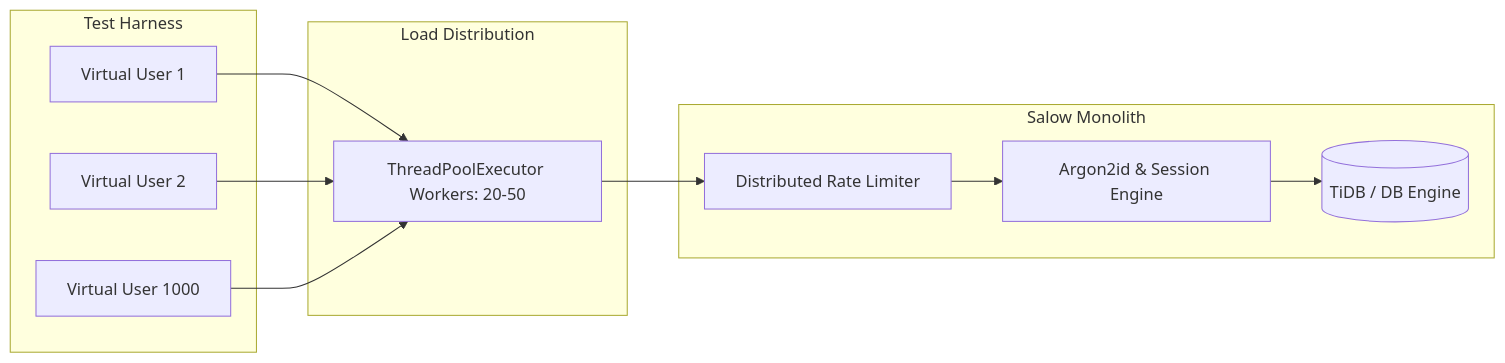
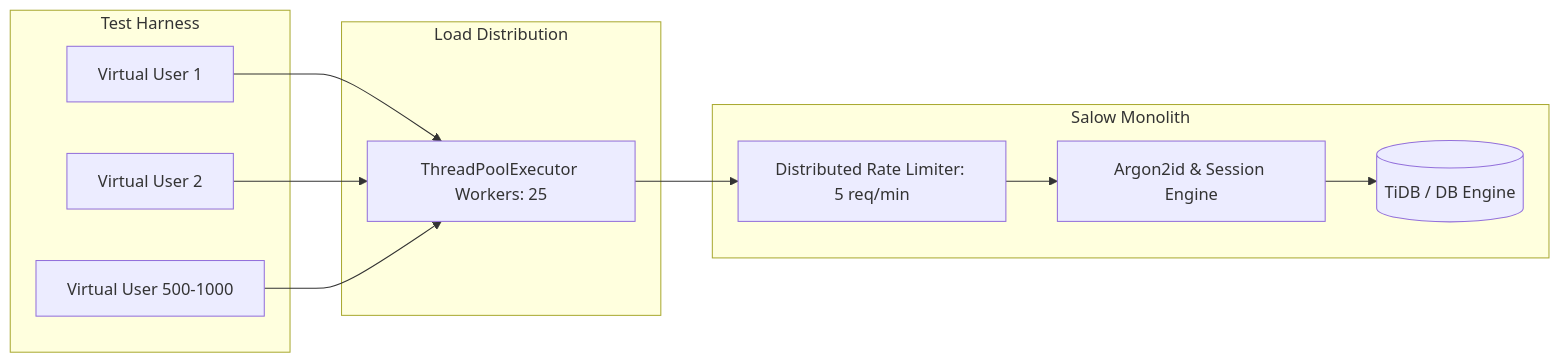
One commit to salowtech-design/workspace changed the diagram in docs/LOAD_TESTING.md. Above: the diagram before and after it, drawn with Mermaid. The commit also changed other lines of this file and 28 other files, not shown here.

````diff
--- a/docs/LOAD_TESTING.md
+++ b/docs/LOAD_TESTING.md
@@ -22,25 +22,25 @@
 ```mermaid
 flowchart LR
     subgraph Test Harness
         VU1[Virtual User 1]
         VU2[Virtual User 2]
-        VUN[Virtual User 1000]
+        VUN[Virtual User 500-1000]
     end
 
     subgraph Load Distribution
-        Workers[ThreadPoolExecutor Workers: 20-50]
+        Workers[ThreadPoolExecutor Workers: 25]
     end
 
     subgraph Salow Monolith
-        RL[Distributed Rate Limiter]
+        RL[Distributed Rate Limiter: 5 req/min]
         Auth[Argon2id & Session Engine]
         DB[(TiDB / DB Engine)]
     end
 
     VU1 --> Workers
     VU2 --> Workers
     VUN --> Workers
     Workers --> RL
     RL --> Auth
     Auth --> DB
 ```
````
